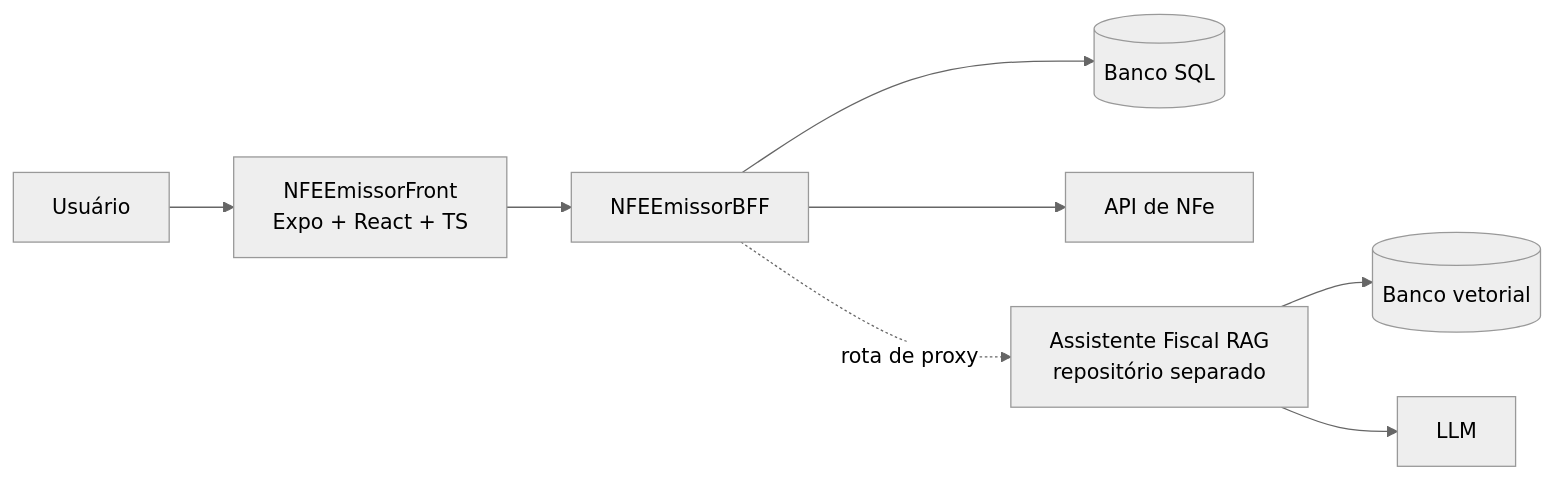
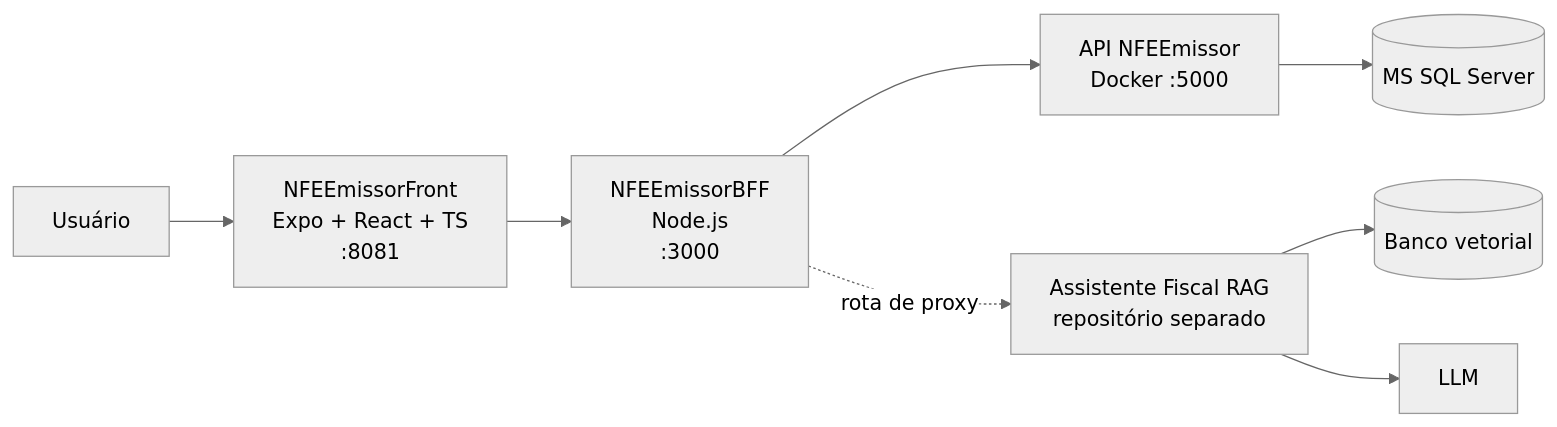
The diagram in README.md (igormcr/NFEEmissorProject), drawn with Mermaid (neutral theme) before and after one commit. The commit also changed other lines of this file, not shown here.

````diff
--- a/README.md
+++ b/README.md
@@ -19,10 +20,10 @@
 ```mermaid
 flowchart LR
-    U[Usuário] --> F[NFEEmissorFront<br/>Expo + React + TS]
-    F --> B[NFEEmissorBFF]
-    B --> DB[(Banco SQL)]
-    B --> N[API de NFe]
+    U[Usuário] --> F[NFEEmissorFront<br/>Expo + React + TS<br/>:8081]
+    F --> B[NFEEmissorBFF<br/>Node.js<br/>:3000]
+    B --> N[API NFEEmissor<br/>Docker :5000]
+    N --> DB[(MS SQL Server)]
     B -. rota de proxy .-> A[Assistente Fiscal RAG<br/>repositório separado]
     A --> V[(Banco vetorial)]
     A --> L[LLM]
 ```
````
